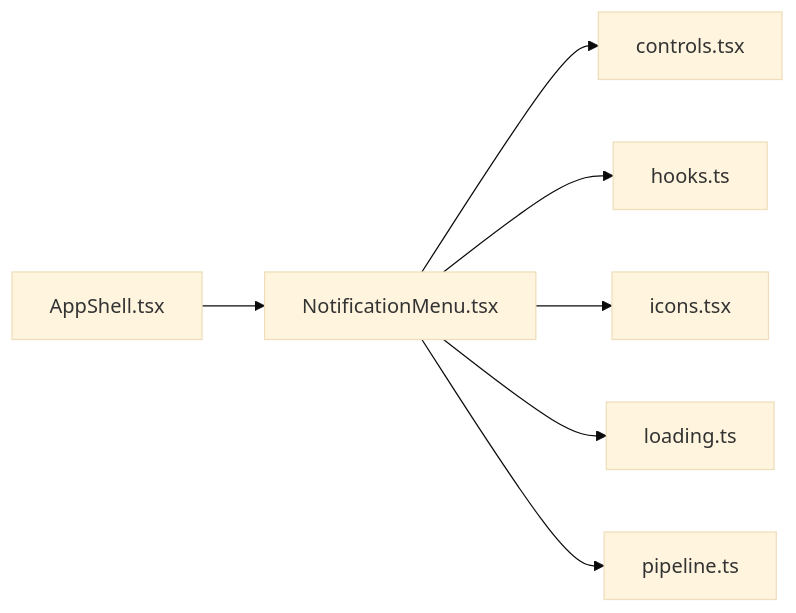
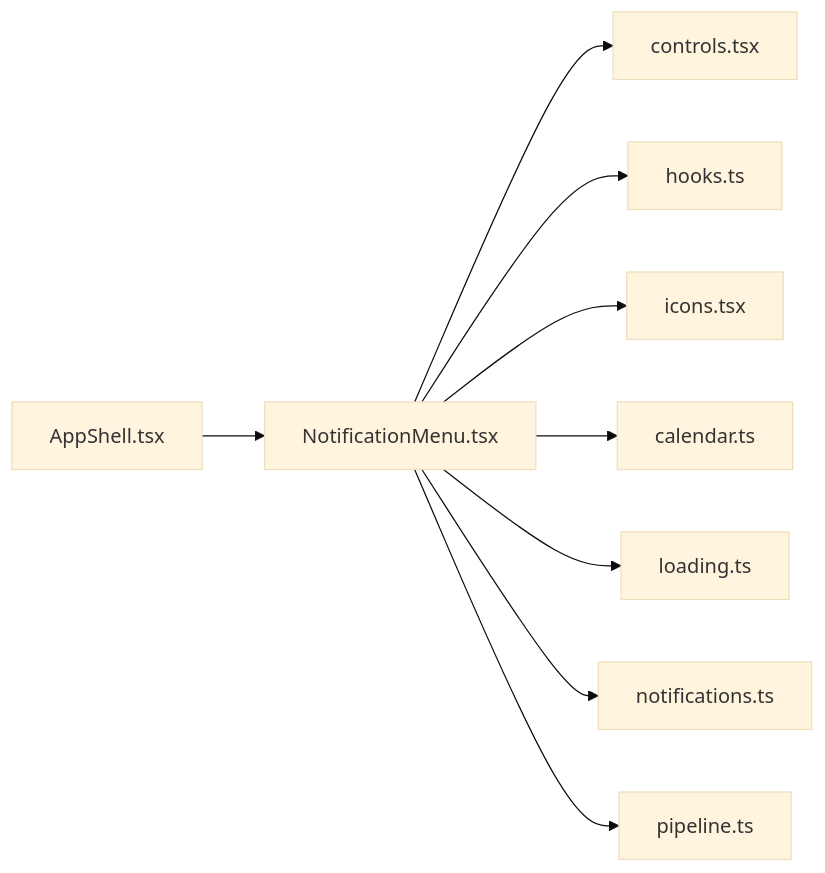
Before and after one commit to minkong-dev/Banblit: the diagram in .cluedoc/graph/frontend/src/components/NotificationMenu.md, drawn with Mermaid (base theme). The commit also changed other lines of this file and 56 other files, not shown here.

Commit message:
frontend: import pure lib functions from their own files instead of through pipeline

````diff
--- a/.cluedoc/graph/frontend/src/components/NotificationMenu.md
+++ b/.cluedoc/graph/frontend/src/components/NotificationMenu.md
@@ -10,10 +10,12 @@
 ```mermaid
 flowchart LR
   frontend_src_components_NotificationMenu["NotificationMenu.tsx"]
   frontend_src_components_NotificationMenu --> frontend_src_components_controls["controls.tsx"]
   frontend_src_components_NotificationMenu --> frontend_src_components_hooks["hooks.ts"]
   frontend_src_components_NotificationMenu --> frontend_src_components_icons["icons.tsx"]
+  frontend_src_components_NotificationMenu --> frontend_src_lib_calendar["calendar.ts"]
   frontend_src_components_NotificationMenu --> frontend_src_lib_loading["loading.ts"]
+  frontend_src_components_NotificationMenu --> frontend_src_lib_notifications["notifications.ts"]
   frontend_src_components_NotificationMenu --> frontend_src_lib_pipeline["pipeline.ts"]
   frontend_src_components_AppShell["AppShell.tsx"] --> frontend_src_components_NotificationMenu
 ```
````
